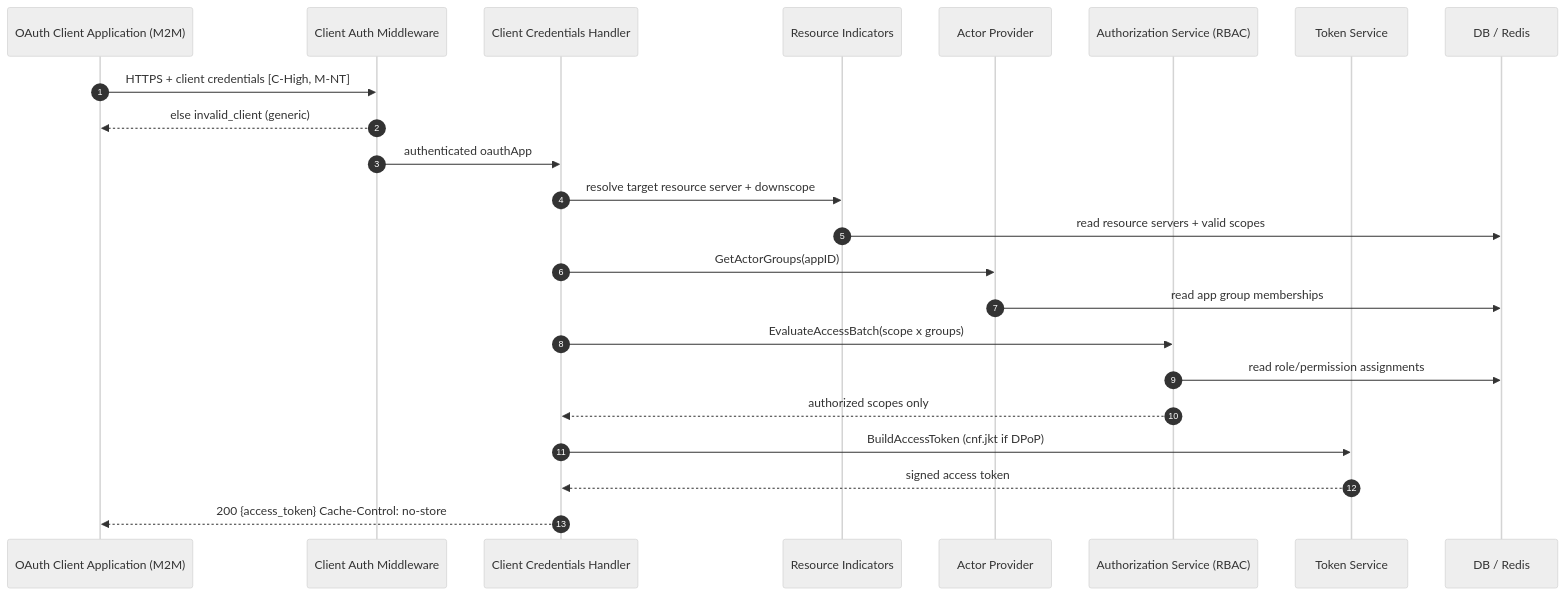
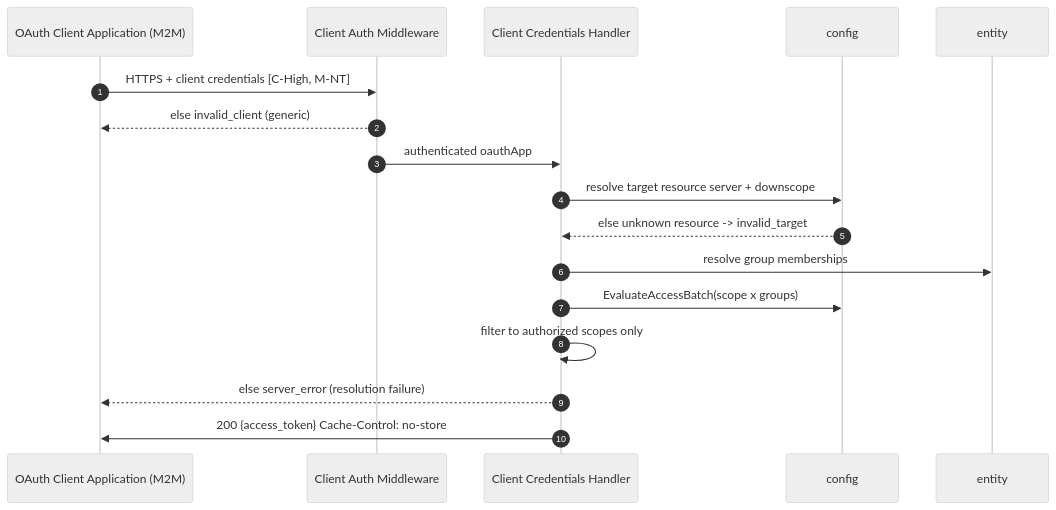
One commit to thiva-k/thunder changed the fourth of 5 diagrams in docs-internals/oauth/authorization-and-core-grants.md. Above: the diagram before and after it, drawn with Mermaid (neutral theme). The commit also changed other lines of this file, not shown here.

First line of the commit message:
Simplify diagrams and align them with the real database layout

````diff
--- a/docs-internals/oauth/authorization-and-core-grants.md
+++ b/docs-internals/oauth/authorization-and-core-grants.md
@@ -307,26 +309,20 @@
 ```mermaid
 sequenceDiagram
   autonumber
   participant APP as OAuth Client Application (M2M)
   participant CLIAUTH as Client Auth Middleware
   participant CCGH as Client Credentials Handler
-  participant RI as Resource Indicators
-  participant ACTP as Actor Provider
-  participant AUTHZ as Authorization Service (RBAC)
-  participant TS as Token Service
-  participant STORE as DB / Redis
+  participant CONFIGDB as config
+  participant ENTITYDB as entity
 
   APP->>CLIAUTH: HTTPS + client credentials [C-High, M-NT]
   CLIAUTH-->>APP: else invalid_client (generic)
   CLIAUTH->>CCGH: authenticated oauthApp
-  CCGH->>RI: resolve target resource server + downscope
-  RI->>STORE: read resource servers + valid scopes
-  CCGH->>ACTP: GetActorGroups(appID)
-  ACTP->>STORE: read app group memberships
-  CCGH->>AUTHZ: EvaluateAccessBatch(scope x groups)
-  AUTHZ->>STORE: read role/permission assignments
-  AUTHZ-->>CCGH: authorized scopes only
-  CCGH->>TS: BuildAccessToken (cnf.jkt if DPoP)
-  TS-->>CCGH: signed access token
-  CCGH-->>APP: 200 {access_token} Cache-Control: no-store
+  CCGH->>CONFIGDB: resolve target resource server + downscope
+  CONFIGDB-->>CCGH: else unknown resource -> invalid_target
+  CCGH->>ENTITYDB: resolve group memberships
+  CCGH->>CONFIGDB: EvaluateAccessBatch(scope x groups)
+  CCGH->>CCGH: filter to authorized scopes only
+  CCGH-->>APP: else server_error (resolution failure)
+  CCGH->>APP: 200 {access_token} Cache-Control: no-store
 ```
````
